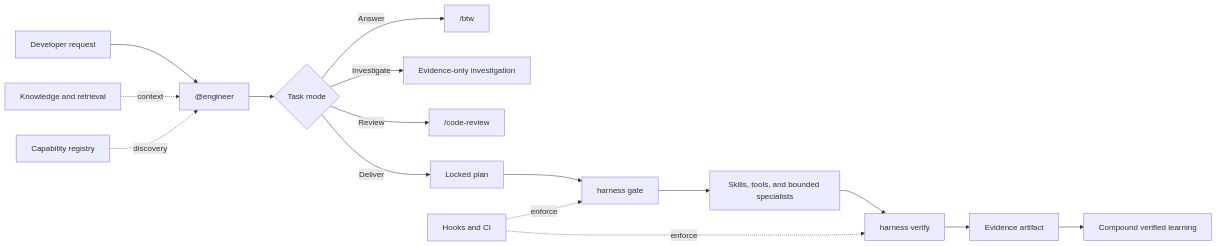
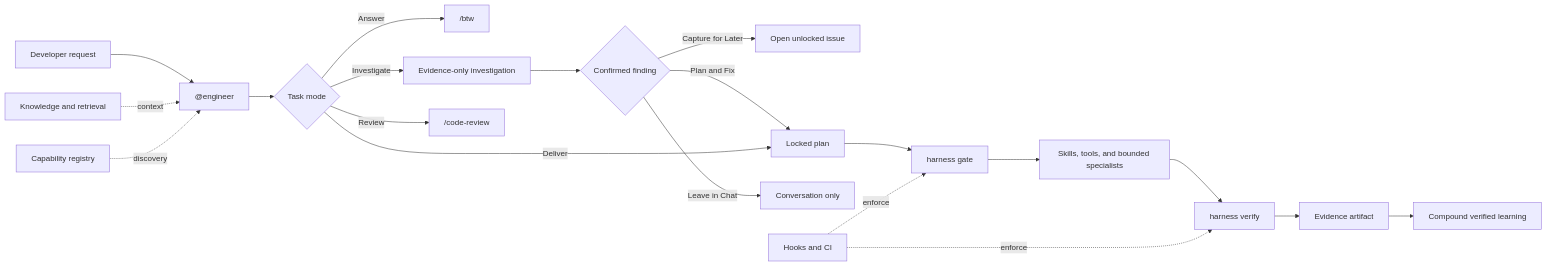
Before and after one commit to noodlemind/prompt-library: the diagram in docs/architecture/engineer-harness.md, drawn with Mermaid. The commit also changed other lines of this file and 43 other files, not shown here.

````diff
--- a/docs/architecture/engineer-harness.md
+++ b/docs/architecture/engineer-harness.md
@@ -9,18 +9,22 @@
 ```mermaid
 flowchart LR
   U["Developer request"] --> E["@engineer"]
   E --> M{"Task mode"}
   M -->|"Answer"| B["/btw"]
   M -->|"Investigate"| I["Evidence-only investigation"]
+  I --> D{"Confirmed finding"}
+  D -->|"Capture for Later"| O["Open unlocked issue"]
+  D -->|"Plan and Fix"| P
+  D -->|"Leave in Chat"| CHAT["Conversation only"]
   M -->|"Review"| R["/code-review"]
   M -->|"Deliver"| P["Locked plan"]
   P --> G["harness gate"]
   G --> W["Skills, tools, and bounded specialists"]
   W --> V["harness verify"]
   V --> EVID["Evidence artifact"]
   EVID --> C["Compound verified learning"]
   H["Hooks and CI"] -. enforce .-> G
   H -. enforce .-> V
   K["Knowledge and retrieval"] -. context .-> E
   REG["Capability registry"] -. discovery .-> E
 ```
````
